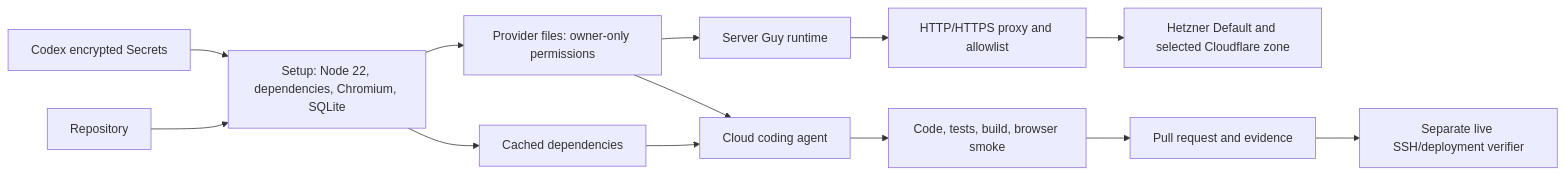
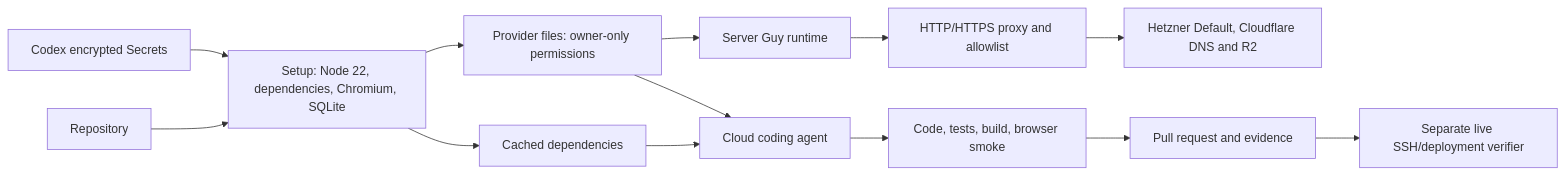
Before and after one commit to lustoykov/hallvi: the diagram in docs/architecture/codex-cloud.md, drawn with Mermaid. The commit also changed other lines of this file and 3 other files, not shown here.

````diff
--- a/docs/architecture/codex-cloud.md
+++ b/docs/architecture/codex-cloud.md
@@ -8,15 +9,15 @@
 ```mermaid
 flowchart LR
     Repo[Repository] --> Setup[Setup: Node 22, dependencies, Chromium, SQLite]
     Secrets[Codex encrypted Secrets] --> Setup
     Setup --> Files[Provider files: owner-only permissions]
     Setup --> Cache[Cached dependencies]
     Cache --> Agent[Cloud coding agent]
     Files --> Agent
     Files --> App[Server Guy runtime]
     Agent --> Checks[Code, tests, build, browser smoke]
     App --> Proxy[HTTP/HTTPS proxy and allowlist]
-    Proxy --> Providers[Hetzner Default and selected Cloudflare zone]
+    Proxy --> Providers[Hetzner Default, Cloudflare DNS and R2]
     Checks --> PR[Pull request and evidence]
     PR --> Verifier[Separate live SSH/deployment verifier]
 ```
````
